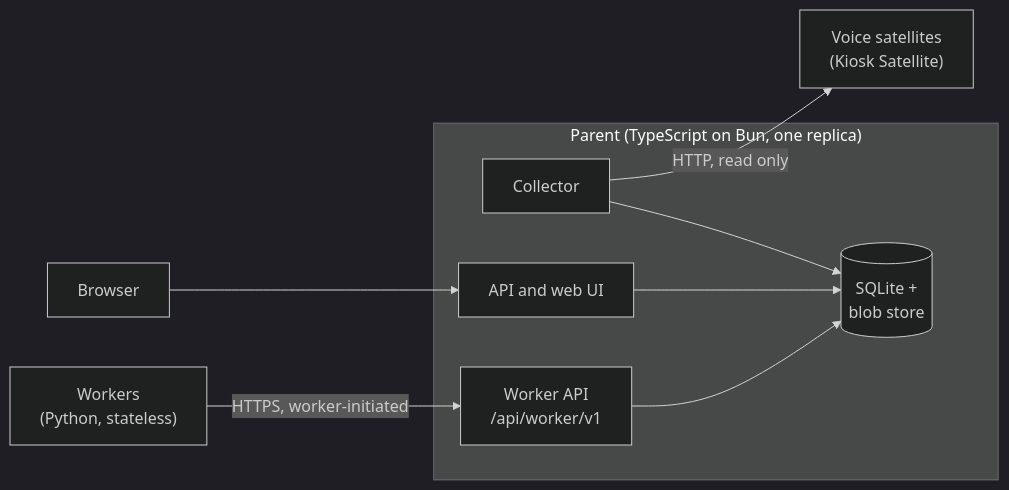
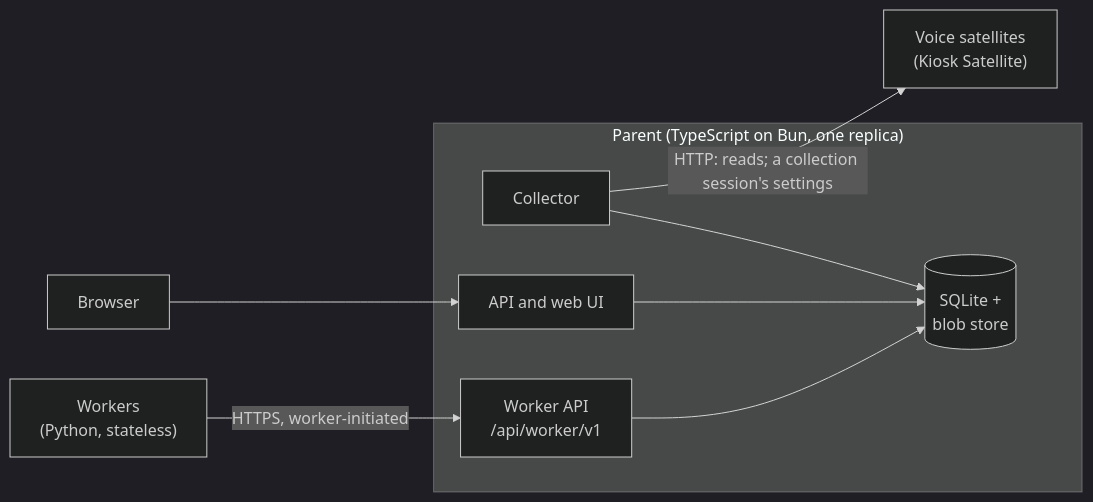
One commit to lukepoo101/wakewright changed the first of 2 diagrams in docs/design/architecture.md. Above: the diagram before and after it, drawn with Mermaid (dark theme). The commit also changed other lines of this file and 50 other files, not shown here.

````diff
--- a/docs/design/architecture.md
+++ b/docs/design/architecture.md
@@ -9,19 +9,19 @@
 ```mermaid
 flowchart LR
   devices["Voice satellites<br/>(Kiosk Satellite)"]
   browser["Browser"]
   subgraph parent["Parent (TypeScript on Bun, one replica)"]
     collector["Collector"]
     api["API and web UI"]
     workerapi["Worker API<br/>/api/worker/v1"]
     store[("SQLite +<br/>blob store")]
   end
   worker["Workers<br/>(Python, stateless)"]
 
-  collector -- "HTTP, read only" --> devices
+  collector -- "HTTP: reads; a collection session's settings" --> devices
   collector --> store
   api --> store
   workerapi --> store
   browser --> api
   worker -- "HTTPS, worker-initiated" --> workerapi
 ```
````
